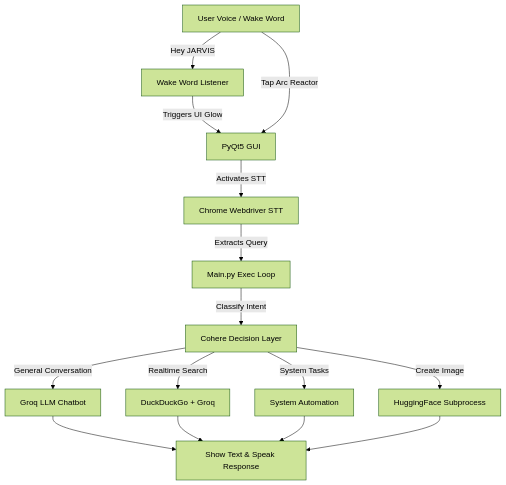
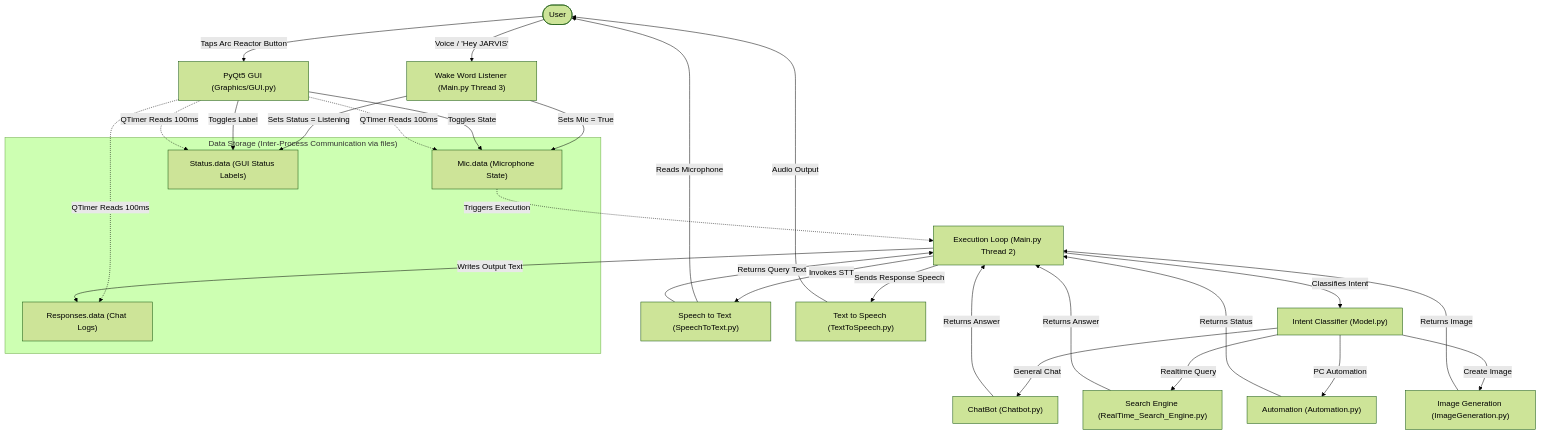
Before and after one commit to Himanshu-Singh11/JARVIS-AI: the diagram in README.md, drawn with Mermaid (forest theme).

Commit message:
Update system workflow diagram to reflect actual multi-threaded state-file IPC architecture

````diff
--- a/README.md
+++ b/README.md
@@ -40,19 +40,50 @@
 ```mermaid
 graph TD
-    User["User Voice / Wake Word"] -->|Hey JARVIS| WakeThread["Wake Word Listener"]
-    WakeThread -->|Triggers UI Glow| GUI["PyQt5 GUI"]
-    User -->|Tap Arc Reactor| GUI
-    GUI -->|Activates STT| STT["Chrome Webdriver STT"]
-    STT -->|Extracts Query| Main["Main.py Exec Loop"]
-    Main -->|Classify Intent| DMM["Cohere Decision Layer"]
+    User(["User"])
+    GUI["PyQt5 GUI (Graphics/GUI.py)"]
+    WakeThread["Wake Word Listener (Main.py Thread 3)"]
+    ExecLoop["Execution Loop (Main.py Thread 2)"]
+    STT["Speech to Text (SpeechToText.py)"]
+    DMM["Intent Classifier (Model.py)"]
+    TTS["Text to Speech (TextToSpeech.py)"]
     
-    DMM -->|General Conversation| Chat["Groq LLM Chatbot"]
-    DMM -->|Realtime Search| Search["DuckDuckGo + Groq"]
-    DMM -->|System Tasks| Auto["System Automation"]
-    DMM -->|Create Image| Img["HuggingFace Subprocess"]
+    subgraph DataFolder ["Data Storage (Inter-Process Communication via files)"]
+        MicFile["Mic.data (Microphone State)"]
+        StatusFile["Status.data (GUI Status Labels)"]
+        ResponsesFile["Responses.data (Chat Logs)"]
+    end
     
-    Chat --> Output["Show Text & Speak Response"]
-    Search --> Output
-    Auto --> Output
-    Img --> Output
+    User -->|Voice / 'Hey JARVIS'| WakeThread
+    WakeThread -->|Sets Mic = True| MicFile
+    WakeThread -->|Sets Status = Listening| StatusFile
+    
+    User -->|Taps Arc Reactor Button| GUI
+    GUI -->|Toggles State| MicFile
+    GUI -->|Toggles Label| StatusFile
+    
+    GUI -.->|QTimer Reads 100ms| StatusFile
+    GUI -.->|QTimer Reads 100ms| MicFile
+    GUI -.->|QTimer Reads 100ms| ResponsesFile
+    
+    MicFile -.->|Triggers Execution| ExecLoop
+    
+    ExecLoop -->|Invokes STT| STT
+    STT -->|Reads Microphone| User
+    STT -->|Returns Query Text| ExecLoop
+    
+    ExecLoop -->|Classifies Intent| DMM
+    
+    DMM -->|General Chat| ChatBot["ChatBot (Chatbot.py)"]
+    DMM -->|Realtime Query| SearchEngine["Search Engine (RealTime_Search_Engine.py)"]
+    DMM -->|PC Automation| Automation["Automation (Automation.py)"]
+    DMM -->|Create Image| ImageGen["Image Generation (ImageGeneration.py)"]
+    
+    ChatBot -->|Returns Answer| ExecLoop
+    SearchEngine -->|Returns Answer| ExecLoop
+    Automation -->|Returns Status| ExecLoop
+    ImageGen -->|Returns Image| ExecLoop
+    
+    ExecLoop -->|Writes Output Text| ResponsesFile
+    ExecLoop -->|Sends Response Speech| TTS
+    TTS -->|Audio Output| User
 ```
````
